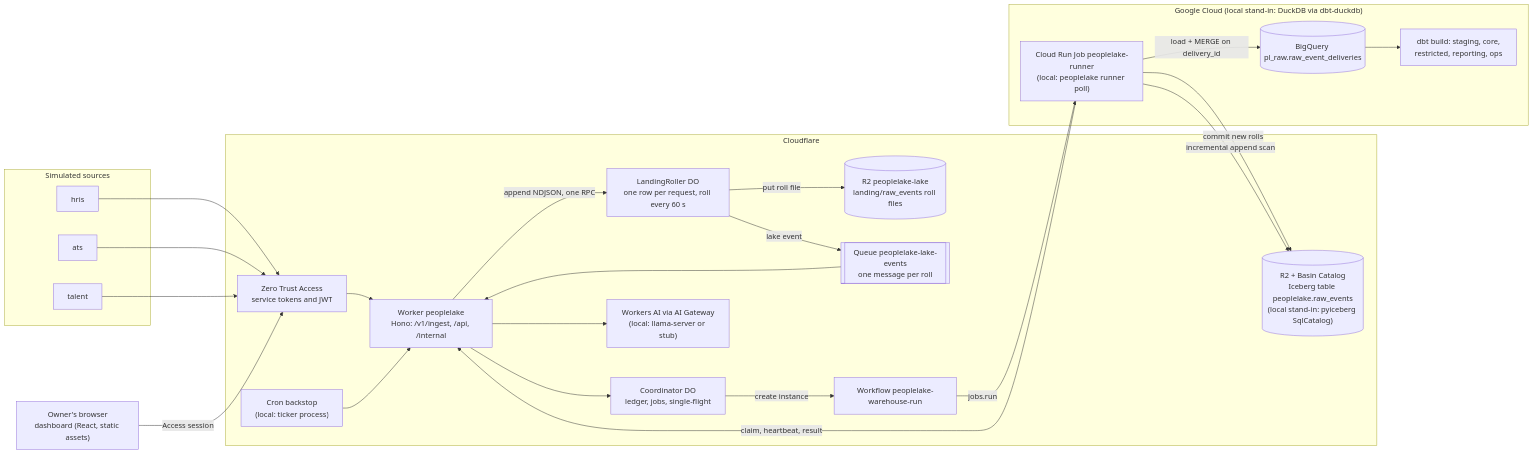
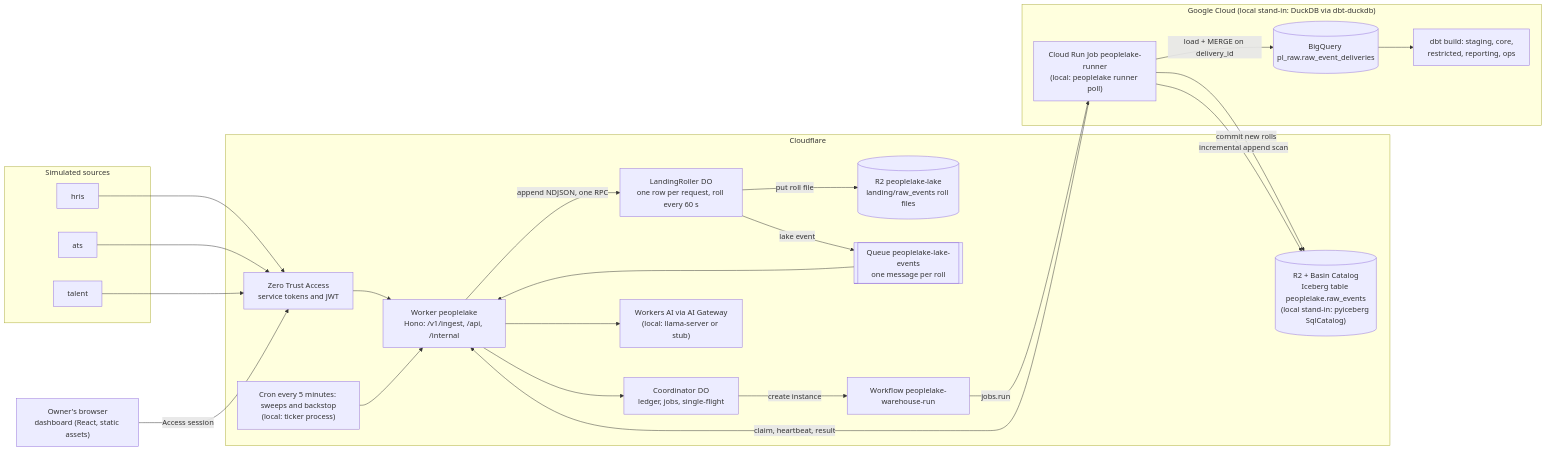
One commit to nitishsjsucs/peoplelake changed the diagram in README.md. Above: the diagram before and after it, drawn with Mermaid. The commit also changed other lines of this file and 30 other files, not shown here.

````diff
--- a/README.md
+++ b/README.md
@@ -36,45 +36,45 @@
 ```mermaid
 flowchart LR
   subgraph Sources["Simulated sources"]
     H["hris"]
     A["ats"]
     T["talent"]
   end
   O["Owner's browser<br/>dashboard (React, static assets)"]
   subgraph CF["Cloudflare"]
     ACC["Zero Trust Access<br/>service tokens and JWT"]
     W["Worker peoplelake<br/>Hono: /v1/ingest, /api, /internal"]
     S["LandingRoller DO<br/>one row per request, roll every 60 s"]
     LB[("R2 peoplelake-lake<br/>landing/raw_events roll files")]
     Q[["Queue peoplelake-lake-events<br/>one message per roll"]]
     L[("R2 + Basin Catalog<br/>Iceberg table peoplelake.raw_events<br/>(local stand-in: pyiceberg SqlCatalog)")]
     C["Coordinator DO<br/>ledger, jobs, single-flight"]
     WF["Workflow peoplelake-warehouse-run"]
     AI["Workers AI via AI Gateway<br/>(local: llama-server or stub)"]
-    CRON["Cron backstop<br/>(local: ticker process)"]
+    CRON["Cron every 5 minutes: sweeps and backstop<br/>(local: ticker process)"]
   end
   subgraph GCP["Google Cloud (local stand-in: DuckDB via dbt-duckdb)"]
     CR["Cloud Run Job peoplelake-runner<br/>(local: peoplelake runner poll)"]
     RAW[("BigQuery pl_raw.raw_event_deliveries")]
     DBT["dbt build: staging, core,<br/>restricted, reporting, ops"]
   end
   H --> ACC
   A --> ACC
   T --> ACC
   O -->|"Access session"| ACC
   ACC --> W
   W -->|append NDJSON, one RPC| S
   S -->|put roll file| LB
   S -->|lake event| Q
   Q --> W
   CRON --> W
   W --> C
   C -->|create instance| WF
   WF -->|jobs.run| CR
   CR -->|claim, heartbeat, result| W
   CR -->|commit new rolls| L
   CR -->|incremental append scan| L
   CR -->|load + MERGE on delivery_id| RAW
   RAW --> DBT
   W --> AI
 ```
````
